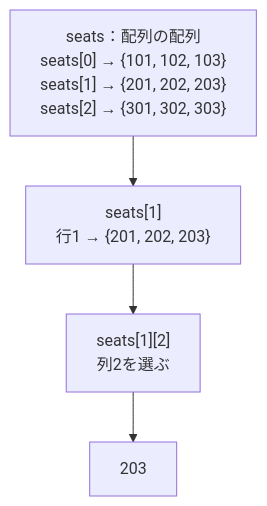
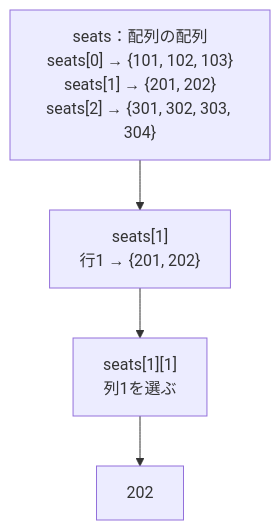
One commit to kiyomiya38/order-management-springboot changed the third of 4 diagrams in docs/curriculum/java/java-handson/java-07a-reference-types-and-multidimensional-arrays.md. Above: the diagram before and after it, drawn with Mermaid. The commit also changed other lines of this file and 323 other files, not shown here.

````diff
--- a/docs/curriculum/java/java-handson/java-07a-reference-types-and-multidimensional-arrays.md
+++ b/docs/curriculum/java/java-handson/java-07a-reference-types-and-multidimensional-arrays.md
@@ -89,7 +206,7 @@
 ```mermaid
 flowchart TB
-  SEATS["seats：配列の配列<br/>seats[0] → {101, 102, 103}<br/>seats[1] → {201, 202, 203}<br/>seats[2] → {301, 302, 303}"]
-  SEATS --> ROW["seats[1]<br/>行1 → {201, 202, 203}"]
-  ROW --> COLUMN["seats[1][2]<br/>列2を選ぶ"]
-  COLUMN --> VALUE["203"]
+  SEATS["seats：配列の配列<br/>seats[0] → {101, 102, 103}<br/>seats[1] → {201, 202}<br/>seats[2] → {301, 302, 303, 304}"]
+  SEATS --> ROW["seats[1]<br/>行1 → {201, 202}"]
+  ROW --> COLUMN["seats[1][1]<br/>列1を選ぶ"]
+  COLUMN --> VALUE["202"]
 ```
````
